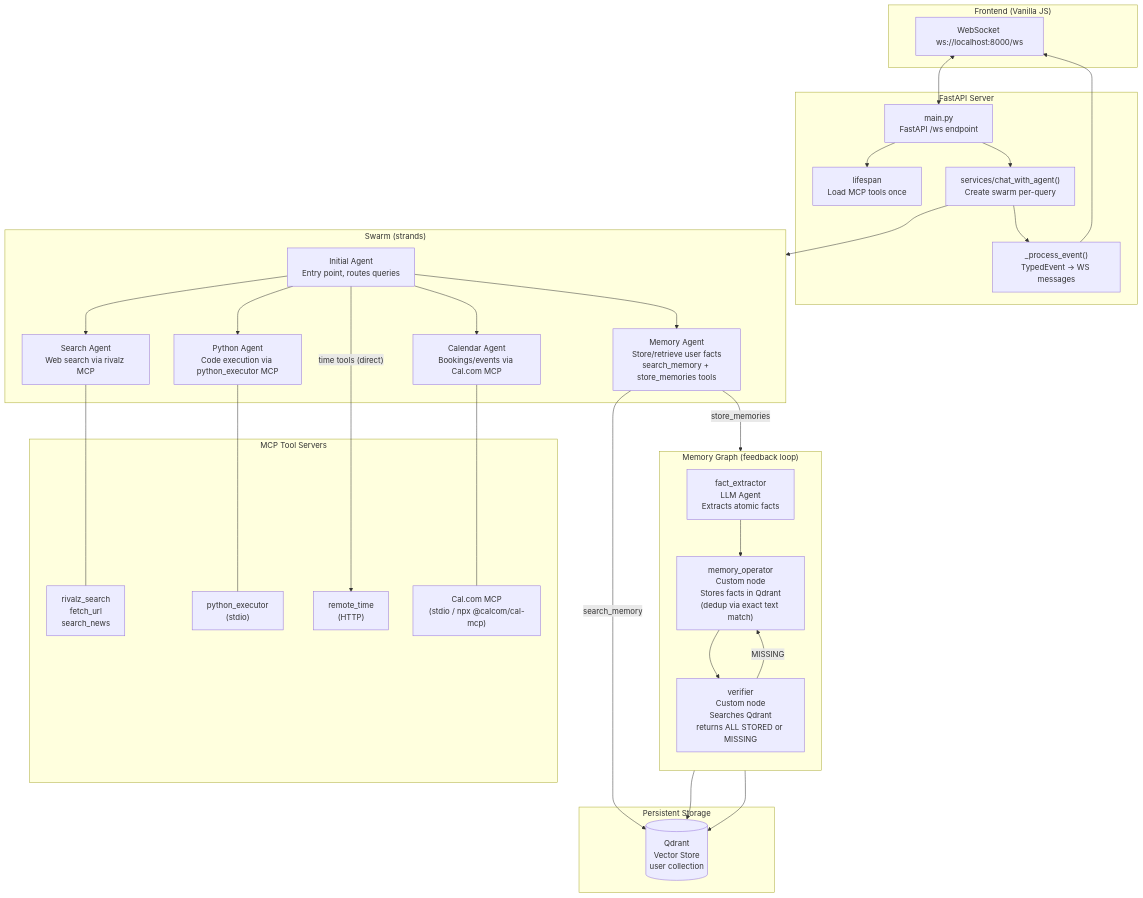
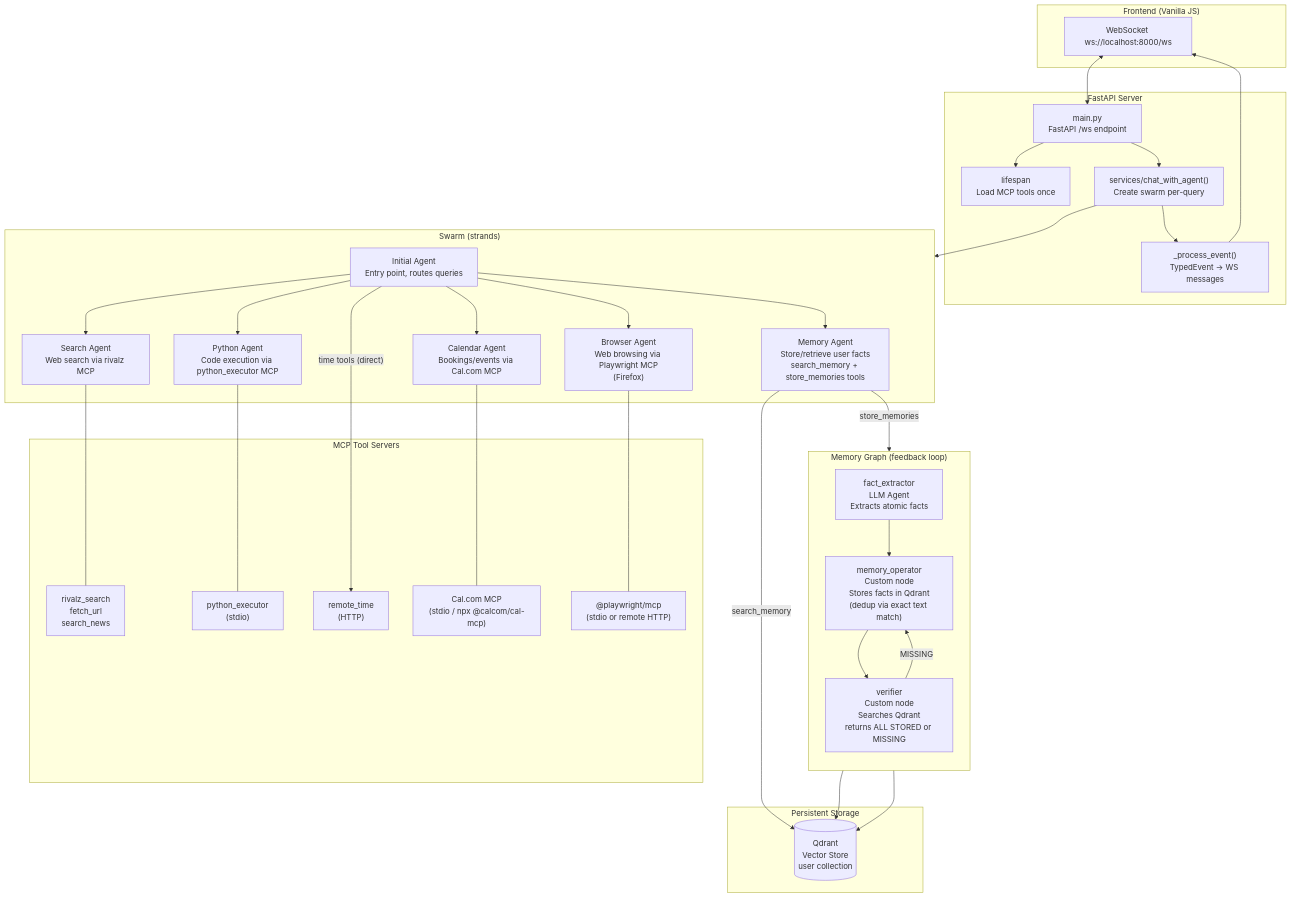
Before and after one commit to chiradip94/strands-pa: the diagram in README.md, drawn with Mermaid. The commit also changed other lines of this file and 11 other files, not shown here.

Commit message:
Added setup.sh and browser agent - has issue in browse

````diff
--- a/README.md
+++ b/README.md
@@ -24,57 +29,60 @@
 ```mermaid
 flowchart TB
     subgraph Client["Frontend (Vanilla JS)"]
         WS[WebSocket ws://localhost:8000/ws]
     end
 
     subgraph Backend["FastAPI Server"]
         API["main.py<br/>FastAPI /ws endpoint"]
         LIFESPAN["lifespan<br/>Load MCP tools once"]
         CHAT["services/chat_with_agent()<br/>Create swarm per-query"]
         EVENTS["_process_event()<br/>TypedEvent → WS messages"]
     end
 
     subgraph Swarm["Swarm (strands)"]
         INITIAL["Initial Agent<br/>Entry point, routes queries"]
         SEARCH["Search Agent<br/>Web search via rivalz MCP"]
         PYTHON["Python Agent<br/>Code execution via python_executor MCP"]
         CAL["Calendar Agent<br/>Bookings/events via Cal.com MCP"]
+        BROWSER["Browser Agent<br/>Web browsing via Playwright MCP<br/>(Firefox)"]
 
         MEMORY["Memory Agent<br/>Store/retrieve user facts<br/>search_memory + store_memories tools"]
     end
 
     subgraph MemoryGraph["Memory Graph (feedback loop)"]
         direction TB
         FE["fact_extractor<br/>LLM Agent<br/>Extracts atomic facts"]
         MO["memory_operator<br/>Custom node<br/>Stores facts in Qdrant<br/>(dedup via exact text match)"]
         VR["verifier<br/>Custom node<br/>Searches Qdrant<br/>returns ALL STORED or MISSING"]
         FE --> MO --> VR
         VR -- "MISSING" --> MO
     end
 
     subgraph Storage["Persistent Storage"]
         QDRANT[("Qdrant<br/>Vector Store<br/>user collection")]
     end
 
     subgraph MCP["MCP Tool Servers"]
         RIVAL["rivalz_search<br/>fetch_url<br/>search_news"]
         PYEXEC["python_executor<br/>(stdio)"]
         REMOTE["remote_time<br/>(HTTP)"]
         CAL_MCP["Cal.com MCP<br/>(stdio / npx @calcom/cal-mcp)"]
+        PLAYWRIGHT["@playwright/mcp<br/>(stdio or remote HTTP)"]
     end
 
     WS <--> API
     API --> LIFESPAN
     API --> CHAT --> EVENTS --> WS
     CHAT --> Swarm
-    INITIAL --> SEARCH & PYTHON & CAL & MEMORY
+    INITIAL --> SEARCH & PYTHON & CAL & BROWSER & MEMORY
     INITIAL -- "time tools (direct)" --> REMOTE
     MEMORY -- "search_memory" --> QDRANT
     MEMORY -- "store_memories" --> MemoryGraph
     MO --> QDRANT
     VR --> QDRANT
     SEARCH --- RIVAL
     PYTHON --- PYEXEC
 
     CAL --- CAL_MCP
+    BROWSER --- PLAYWRIGHT
 ```
````
